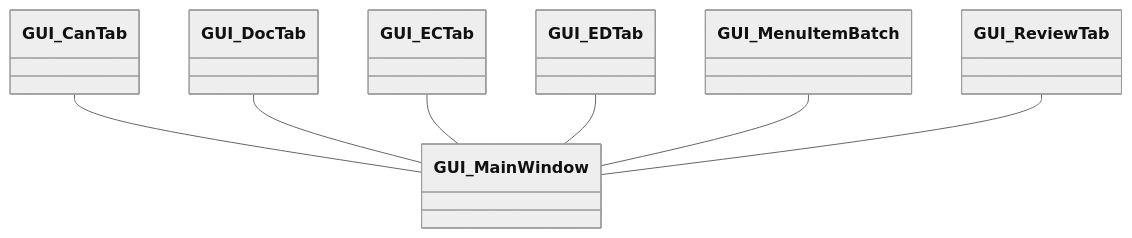
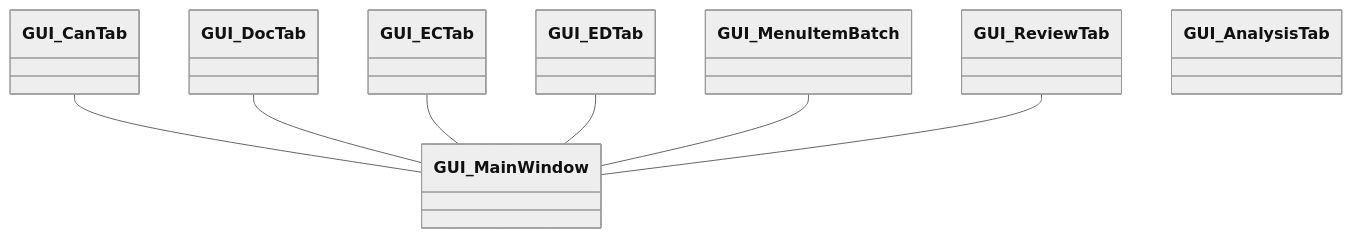
One commit to IComplainInComments/JGAAP_JavaFX changed the diagram in Design.md. Above: the diagram before and after it, drawn with Mermaid (neutral theme). The commit also changed other lines of this file and 1 other file, not shown here.

````diff
--- a/Design.md
+++ b/Design.md
@@ -3,31 +5,35 @@
 ```mermaid
 classDiagram
     GUI_CanTab -- GUI_MainWindow
     GUI_DocTab -- GUI_MainWindow
     GUI_ECTab -- GUI_MainWindow
     GUI_EDTab -- GUI_MainWindow
     GUI_MenuItemBatch -- GUI_MainWindow
+    GUI_AnalysisTab
     GUI_ReviewTab -- GUI_MainWindow
 
     class GUI_CanTab{
 
     }
     class GUI_DocTab{
 
     }
     class GUI_ECTab{
 
     }
     class GUI_EDTab{
 
     }
     class GUI_MainWindow{
 
     }
     class GUI_MenuItemBatch{
 
     }
+    class GUI_AnalysisTab{
+        
+    }
     class GUI_ReviewTab{
 
     }
 ```
````
